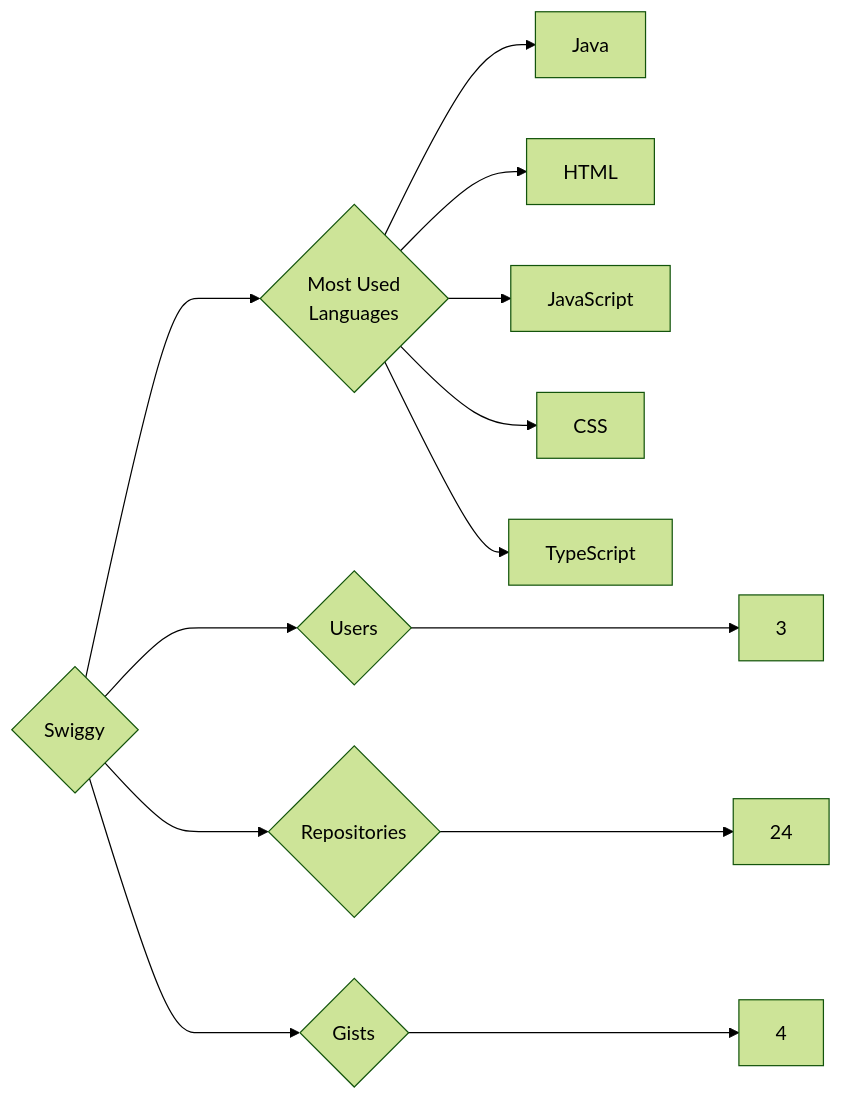
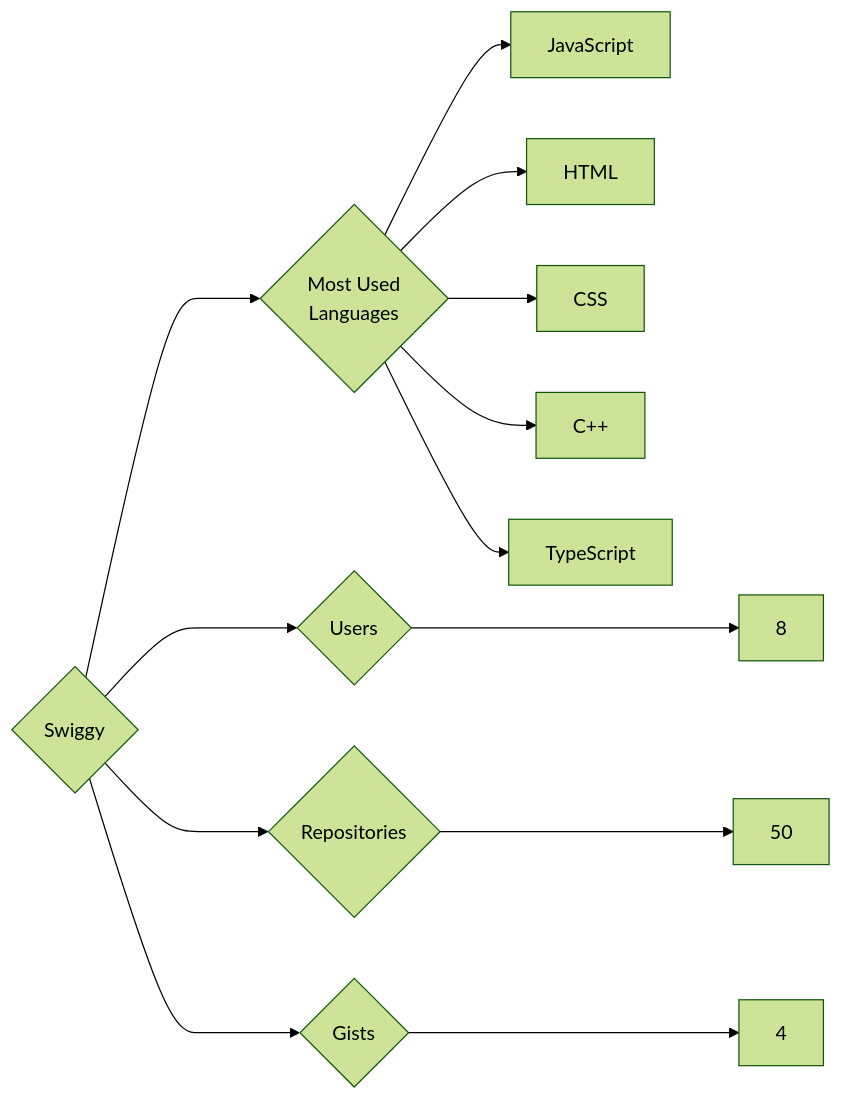
One commit to trickest/insiders changed the diagram in targets/Swiggy/README.md. Above: the diagram before and after it, drawn with Mermaid (forest theme). The commit also changed 1389 other files, not shown here.

````diff
--- a/targets/Swiggy/README.md
+++ b/targets/Swiggy/README.md
@@ -3,13 +3,13 @@
 ```mermaid
 graph LR
 COMPANY_NAME{Swiggy}
-COMPANY_NAME ---> U{Users} ---> UN[3]
-COMPANY_NAME ---> R{Repositories} ---> RN[24]
+COMPANY_NAME ---> U{Users} ---> UN[8]
+COMPANY_NAME ---> R{Repositories} ---> RN[50]
 COMPANY_NAME ---> G{Gists} ---> GN[4]
 COMPANY_NAME ---> ML{Most Used<br>Languages}
-ML --> Java[Java]
+ML --> JavaScript[JavaScript]
 ML --> HTML[HTML]
-ML --> JavaScript[JavaScript]
 ML --> CSS[CSS]
+ML --> C++[C++]
 ML --> TypeScript[TypeScript]
 ```
````
